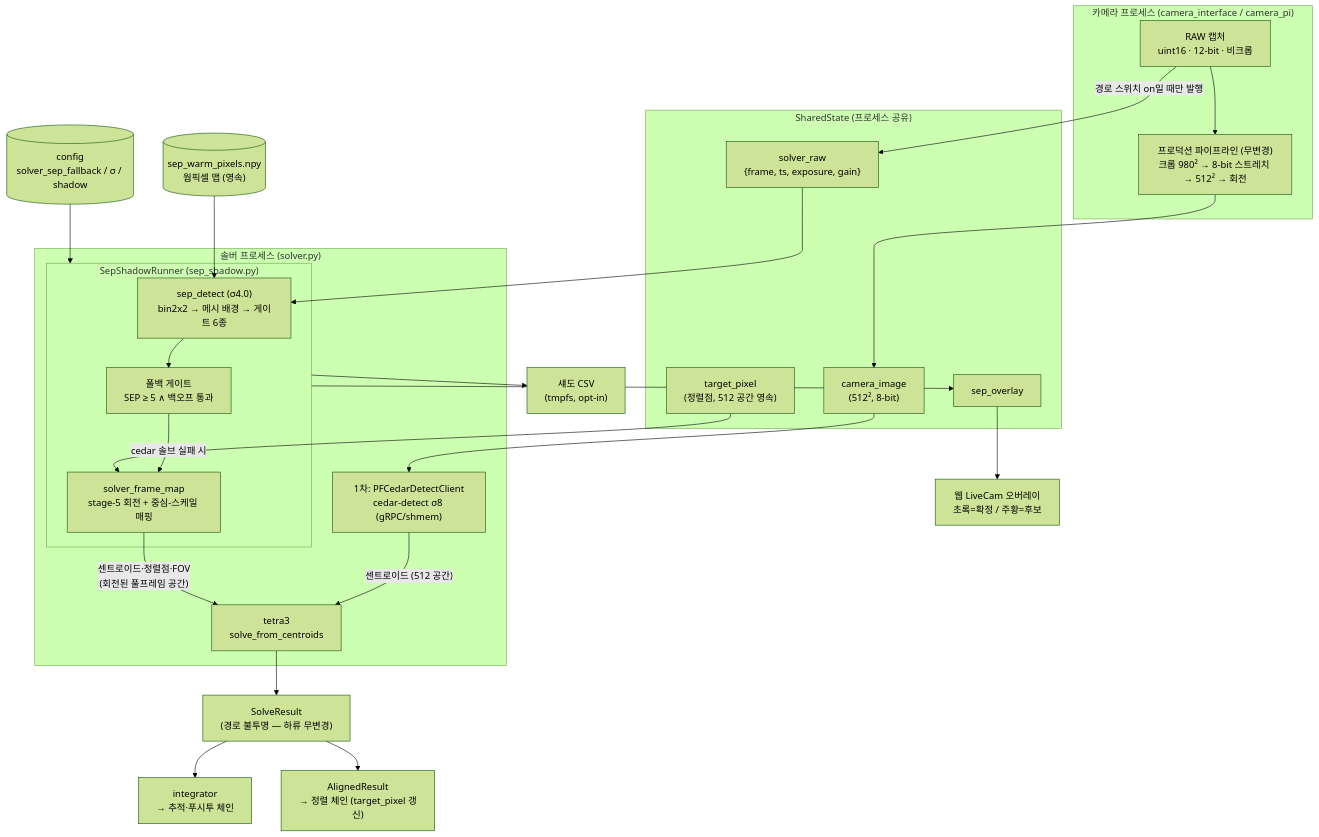
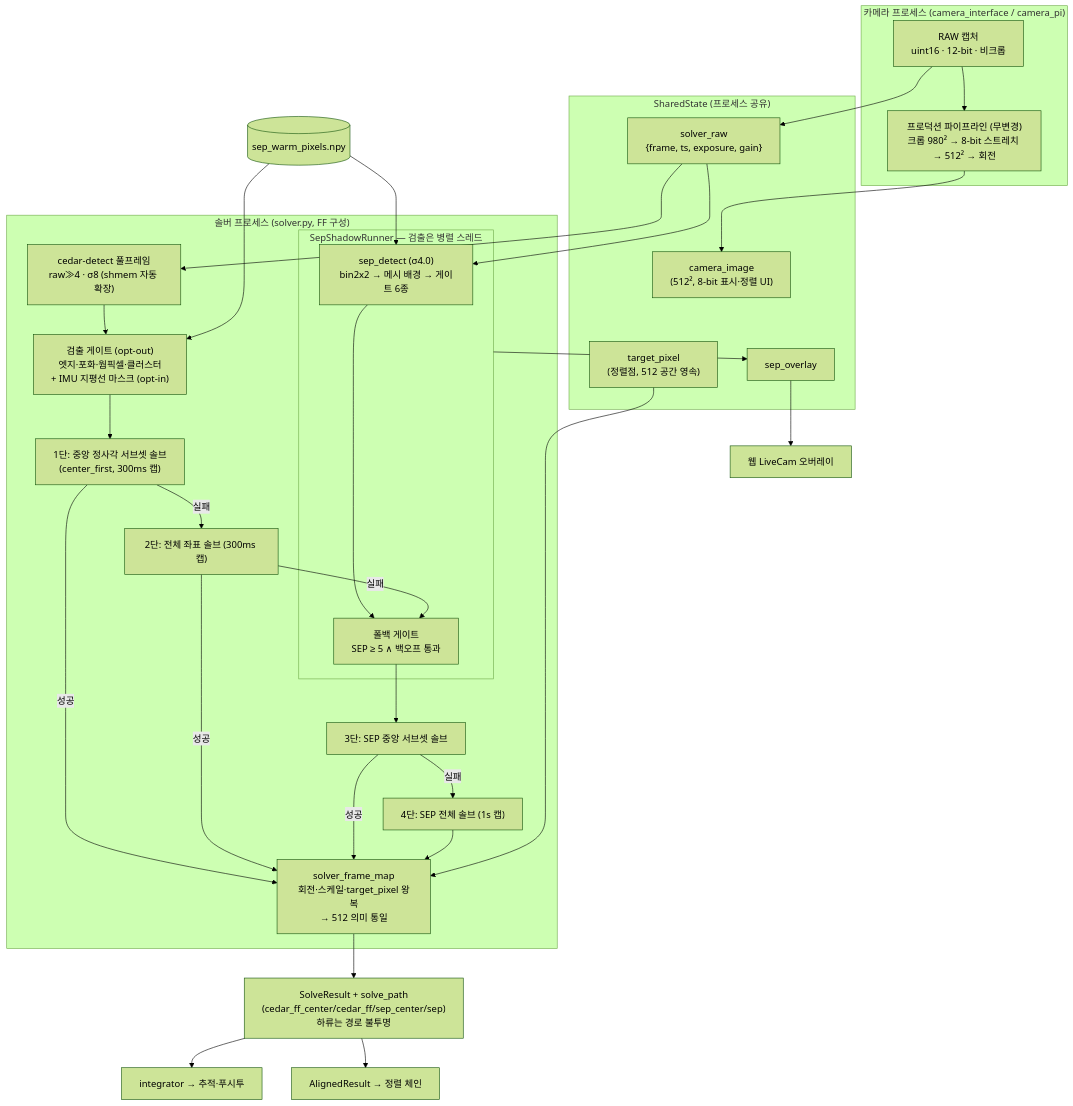
Before and after one commit to hjoungjoo/MF_PiFinder: the diagram in docs/mf_cedar_sep_hybrid_design_ko.md, drawn with Mermaid (forest theme). The commit also changed other lines of this file and 1 other file, not shown here.

First line of the commit message:
docs: bring the hybrid design authority up to the current solver

````diff
--- a/docs/mf_cedar_sep_hybrid_design_ko.md
+++ b/docs/mf_cedar_sep_hybrid_design_ko.md
@@ -49,36 +56,44 @@
 ```mermaid
 flowchart TB
     subgraph camproc["카메라 프로세스 (camera_interface / camera_pi)"]
         raw["RAW 캡처<br/>uint16 · 12-bit · 비크롭"]
         prod["프로덕션 파이프라인 (무변경)<br/>크롭 980² → 8-bit 스트레치 → 512² → 회전"]
     end
     subgraph shared["SharedState (프로세스 공유)"]
-        ci["camera_image<br/>(512², 8-bit)"]
+        ci["camera_image<br/>(512², 8-bit 표시·정렬 UI)"]
         sr["solver_raw<br/>{frame, ts, exposure, gain}"]
         tp["target_pixel<br/>(정렬점, 512 공간 영속)"]
         ov["sep_overlay"]
     end
-    subgraph solver["솔버 프로세스 (solver.py)"]
-        cedar["1차: PFCedarDetectClient<br/>cedar-detect σ8 (gRPC/shmem)"]
-        subgraph runner["SepShadowRunner (sep_shadow.py)"]
+    subgraph solver["솔버 프로세스 (solver.py, FF 구성)"]
+        ced["cedar-detect 풀프레임<br/>raw≫4 · σ8 (shmem 자동 확장)"]
+        gates["검출 게이트 (opt-out)<br/>엣지·포화·웜픽셀·클러스터<br/>+ IMU 지평선 마스크 (opt-in)"]
+        c1["1단: 중앙 정사각 서브셋 솔브<br/>(center_first, 300ms 캡)"]
+        c2["2단: 전체 좌표 솔브 (300ms 캡)"]
+        subgraph runner["SepShadowRunner — 검출은 병렬 스레드"]
             det["sep_detect (σ4.0)<br/>bin2x2 → 메시 배경 → 게이트 6종"]
             gate["폴백 게이트<br/>SEP ≥ 5 ∧ 백오프 통과"]
-            sfm["solver_frame_map<br/>stage-5 회전 + 중심-스케일 매핑"]
         end
-        t3["tetra3<br/>solve_from_centroids"]
+        s3["3단: SEP 중앙 서브셋 솔브"]
+        s4["4단: SEP 전체 솔브 (1s 캡)"]
+        map["solver_frame_map<br/>회전·스케일·target_pixel 왕복<br/>→ 512 의미 통일"]
     end
-    wpm[("sep_warm_pixels.npy<br/>웜픽셀 맵 (영속)")]
-    cfg[("config<br/>solver_sep_fallback / σ / shadow")]
-    raw --> prod --> ci --> cedar -->|"센트로이드 (512 공간)"| t3
-    raw -->|"경로 스위치 on일 때만 발행"| sr --> det
+    wpm[("sep_warm_pixels.npy")]
+    raw --> prod --> ci
+    raw --> sr
+    sr --> ced --> gates --> c1 -->|실패| c2
+    sr --> det
+    wpm --> gates
     wpm --> det
-    cfg --> runner
     det --> gate
-    gate -->|"cedar 솔브 실패 시"| sfm -->|"센트로이드·정렬점·FOV<br/>(회전된 풀프레임 공간)"| t3
-    tp --> sfm
-    t3 --> res["SolveResult<br/>(경로 불투명 — 하류 무변경)"]
-    res --> integ["integrator<br/>→ 추적·푸시투 체인"]
-    res --> align["AlignedResult<br/>→ 정렬 체인 (target_pixel 갱신)"]
-    runner --> ov --> web["웹 LiveCam 오버레이<br/>초록=확정 / 주황=후보"]
-    runner --> csv["섀도 CSV<br/>(tmpfs, opt-in)"]
+    c2 -->|실패| gate --> s3 -->|실패| s4
+    c1 -->|성공| map
+    c2 -->|성공| map
+    s3 -->|성공| map
+    s4 --> map
+    tp --> map
+    map --> res["SolveResult + solve_path<br/>(cedar_ff_center/cedar_ff/sep_center/sep)<br/>하류는 경로 불투명"]
+    res --> integ["integrator → 추적·푸시투"]
+    res --> align["AlignedResult → 정렬 체인"]
+    runner --> ov --> web["웹 LiveCam 오버레이"]
 ```
````
